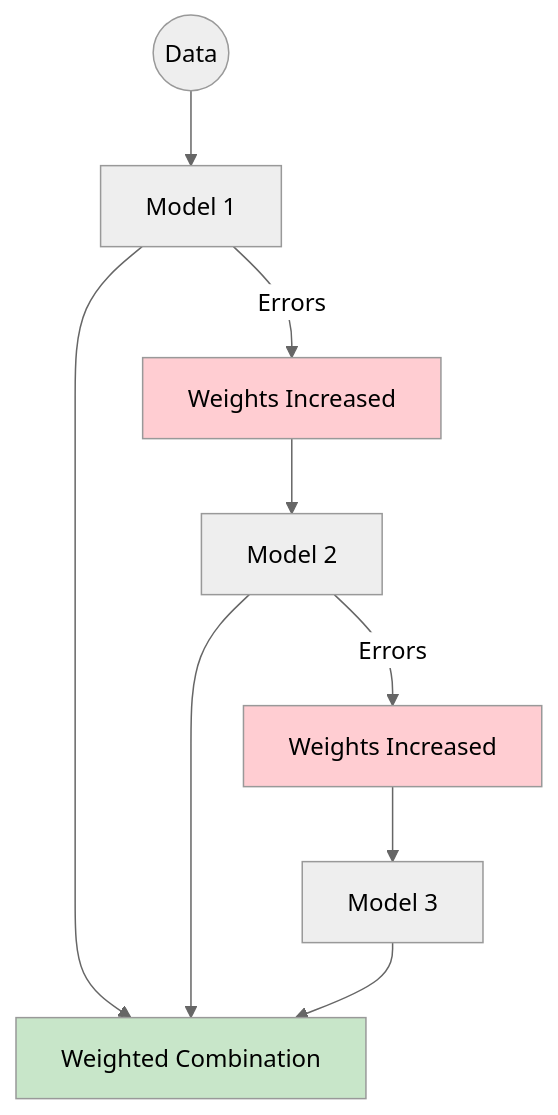
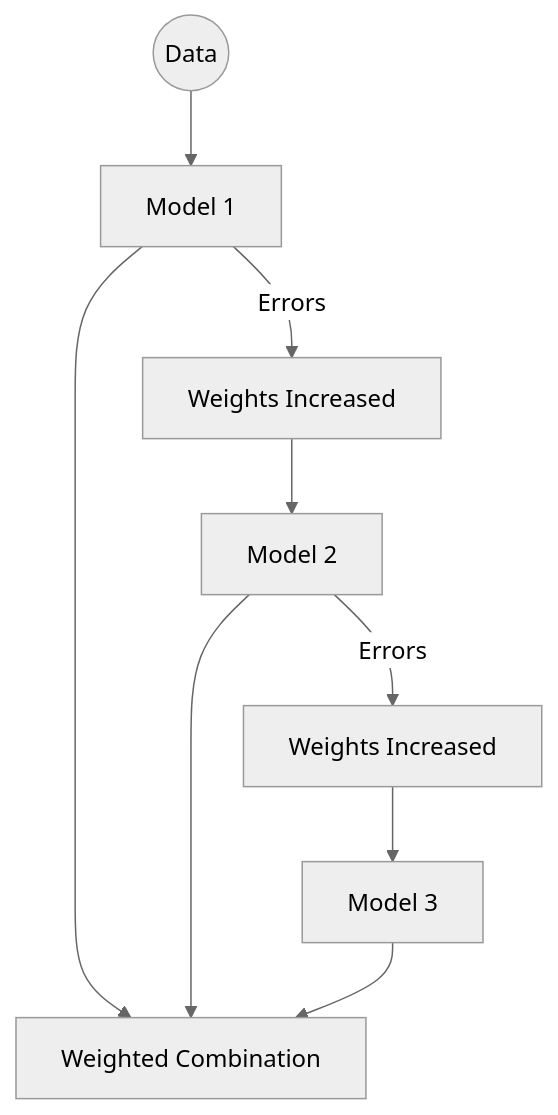
Before and after one commit to antonprafanto/dasarAI2026: the third of 5 diagrams in bab-09-evaluasi.md, drawn with Mermaid (neutral theme). The commit also changed other lines of this file and 8 other files, not shown here.

Commit message:
Fix: Remove custom Mermaid styling for better dark mode visibility

````diff
--- a/bab-09-evaluasi.md
+++ b/bab-09-evaluasi.md
@@ -386,14 +375,10 @@
 ```mermaid
 graph TD
     Data((Data)) --> M1[Model 1]
     M1 -->|Errors| W1[Weights Increased]
     W1 --> M2[Model 2]
     M2 -->|Errors| W2[Weights Increased]
     W2 --> M3[Model 3]
 
     M1 & M2 & M3 --> Final[Weighted Combination]
-
-    style W1 fill:#ffcdd2
-    style W2 fill:#ffcdd2
-    style Final fill:#c8e6c9
 ```
````
